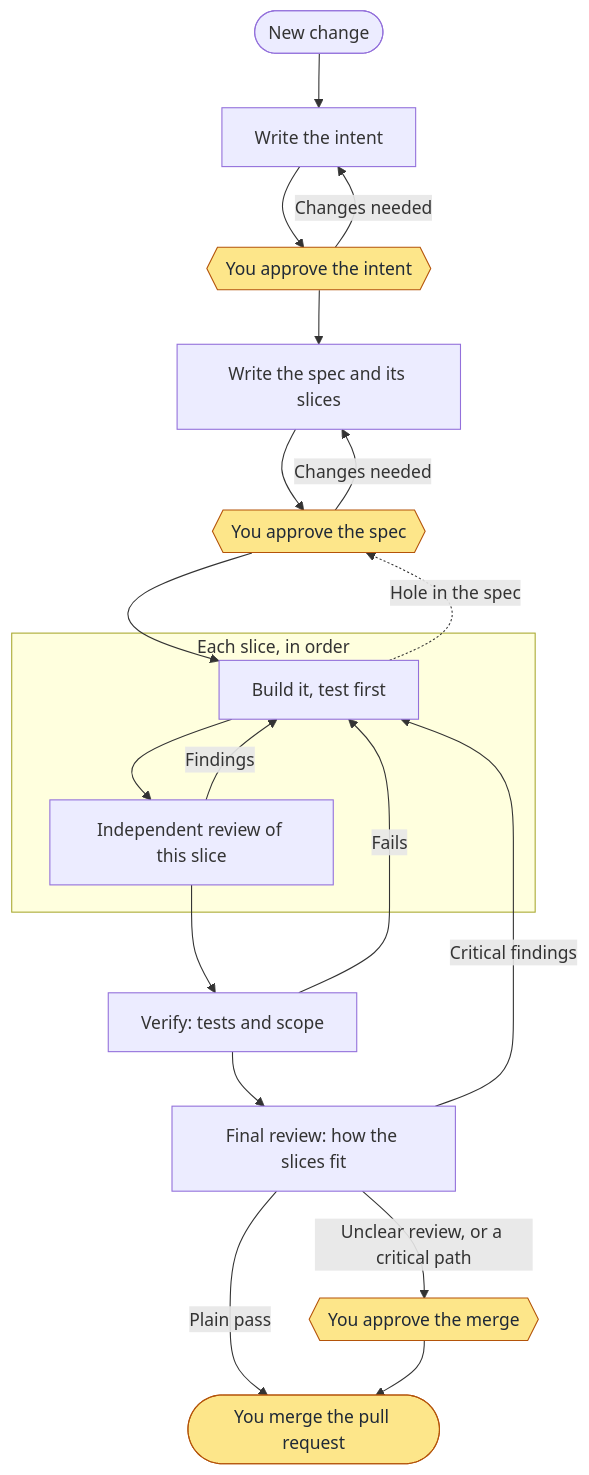
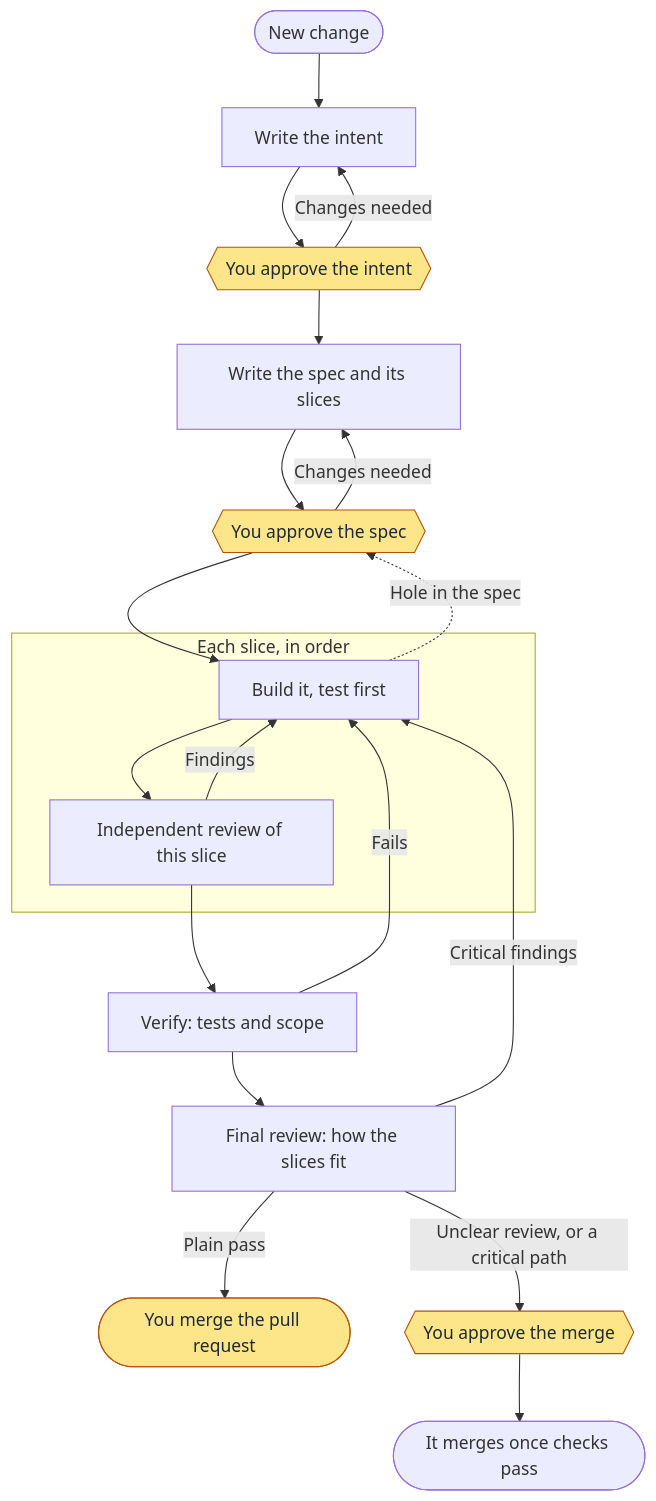
One commit to shortlst-ai/agentic-sdlc changed the first of 2 diagrams in README.md. Above: the diagram before and after it, drawn with Mermaid. The commit also changed other lines of this file and 10 other files, not shown here.

````diff
--- a/README.md
+++ b/README.md
@@ -56,28 +56,28 @@
 ```mermaid
 flowchart TD
     start([New change]) --> intent[Write the intent]
     intent --> gateIntent{{You approve the intent}}
     gateIntent -->|Changes needed| intent
     gateIntent --> spec[Write the spec and its slices]
     spec --> gateSpec{{You approve the spec}}
     gateSpec -->|Changes needed| spec
 
     gateSpec --> build
 
     subgraph slices [Each slice, in order]
         build[Build it, test first] --> sliceReview[Independent review of this slice]
         sliceReview -->|Findings| build
     end
 
     sliceReview --> verify[Verify: tests and scope]
     verify --> final[Final review: how the slices fit]
     verify -->|Fails| build
     final -->|Critical findings| build
     final -->|Plain pass| done([You merge the pull request])
     final -->|Unclear review, or a critical path| gateMerge{{You approve the merge}}
-    gateMerge --> done
+    gateMerge --> merged([It merges once checks pass])
     build -.->|Hole in the spec| gateSpec
 
     classDef you fill:#fde68a,stroke:#b45309,color:#1f2937
     class gateIntent,gateSpec,gateMerge,done you
 ```
````
